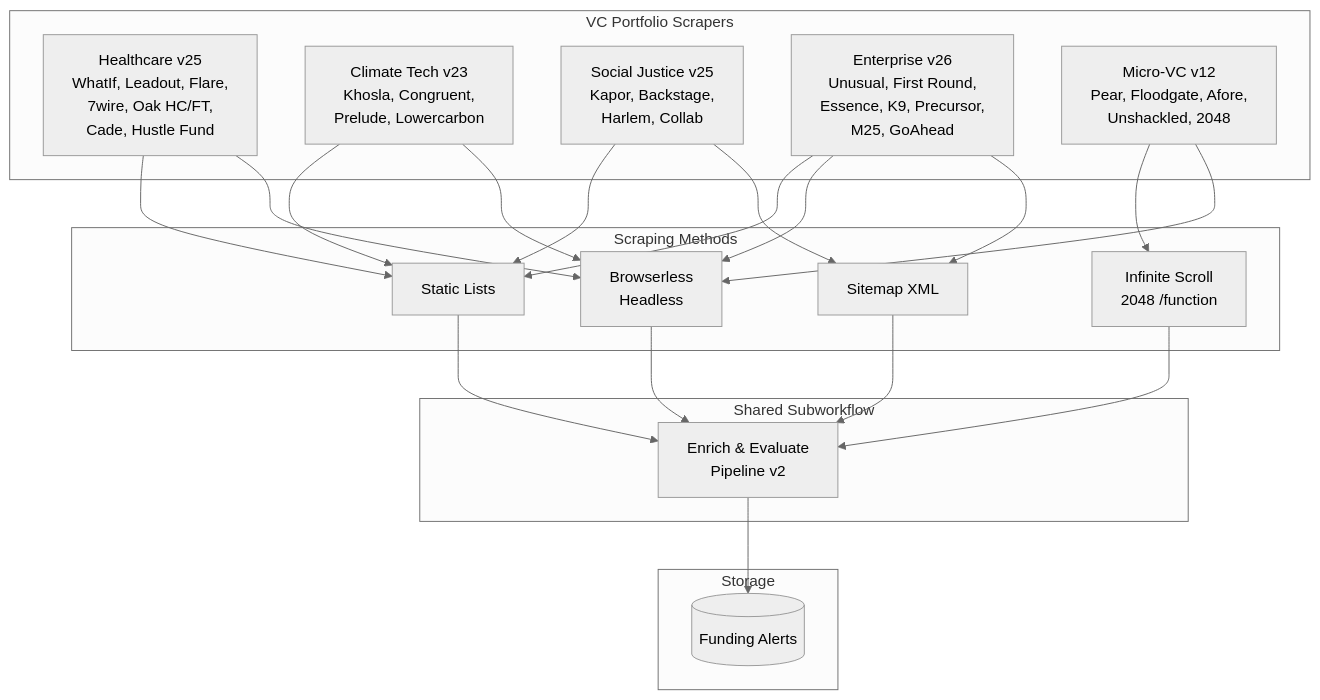
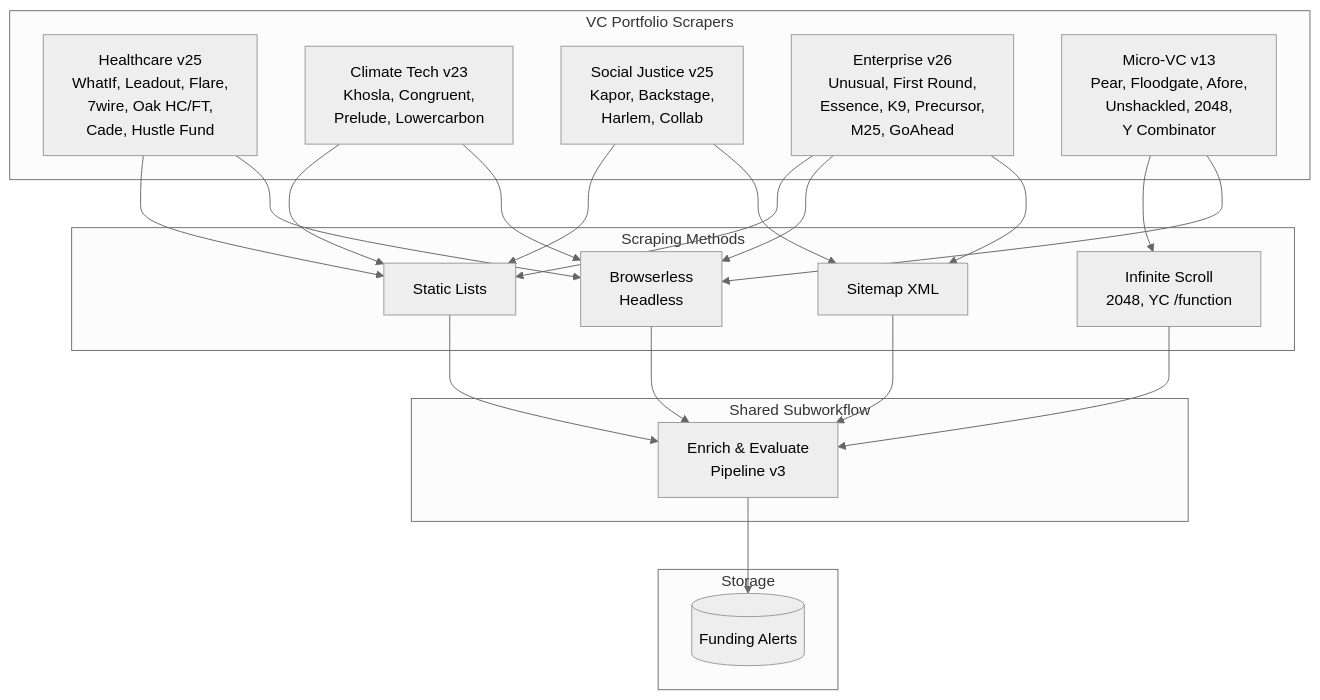
The sixth of 7 diagrams in FLOWCHART.md (zelman/job_search), drawn with Mermaid (neutral theme) before and after one commit. The commit also changed other lines of this file and 20 other files, not shown here.

````diff
--- a/FLOWCHART.md
+++ b/FLOWCHART.md
@@ -295,43 +295,43 @@
 ```mermaid
 flowchart TB
     subgraph Scrapers["VC Portfolio Scrapers"]
         HC[Healthcare v25<br/>WhatIf, Leadout, Flare,<br/>7wire, Oak HC/FT,<br/>Cade, Hustle Fund]
         CT[Climate Tech v23<br/>Khosla, Congruent,<br/>Prelude, Lowercarbon]
         SJ[Social Justice v25<br/>Kapor, Backstage,<br/>Harlem, Collab]
         ENT[Enterprise v26<br/>Unusual, First Round,<br/>Essence, K9, Precursor,<br/>M25, GoAhead]
-        MICRO[Micro-VC v12<br/>Pear, Floodgate, Afore,<br/>Unshackled, 2048]
+        MICRO[Micro-VC v13<br/>Pear, Floodgate, Afore,<br/>Unshackled, 2048,<br/>Y Combinator]
     end
 
     subgraph Methods["Scraping Methods"]
         SITEMAP[Sitemap XML]
         BROWSER[Browserless<br/>Headless]
         STATIC[Static Lists]
-        INFINITE[Infinite Scroll<br/>2048 /function]
+        INFINITE[Infinite Scroll<br/>2048, YC /function]
     end
 
     subgraph Pipeline["Shared Subworkflow"]
-        ENRICH[Enrich & Evaluate<br/>Pipeline v2]
+        ENRICH[Enrich & Evaluate<br/>Pipeline v3]
     end
 
     subgraph Storage
         FUNDING[(Funding Alerts)]
     end
 
     HC --> BROWSER
     HC --> STATIC
     CT --> BROWSER
     CT --> STATIC
     SJ --> SITEMAP
     SJ --> STATIC
     ENT --> SITEMAP
     ENT --> BROWSER
     ENT --> STATIC
     MICRO --> BROWSER
     MICRO --> INFINITE
 
     SITEMAP --> ENRICH
     BROWSER --> ENRICH
     STATIC --> ENRICH
     INFINITE --> ENRICH
     ENRICH --> FUNDING
 ```
````
